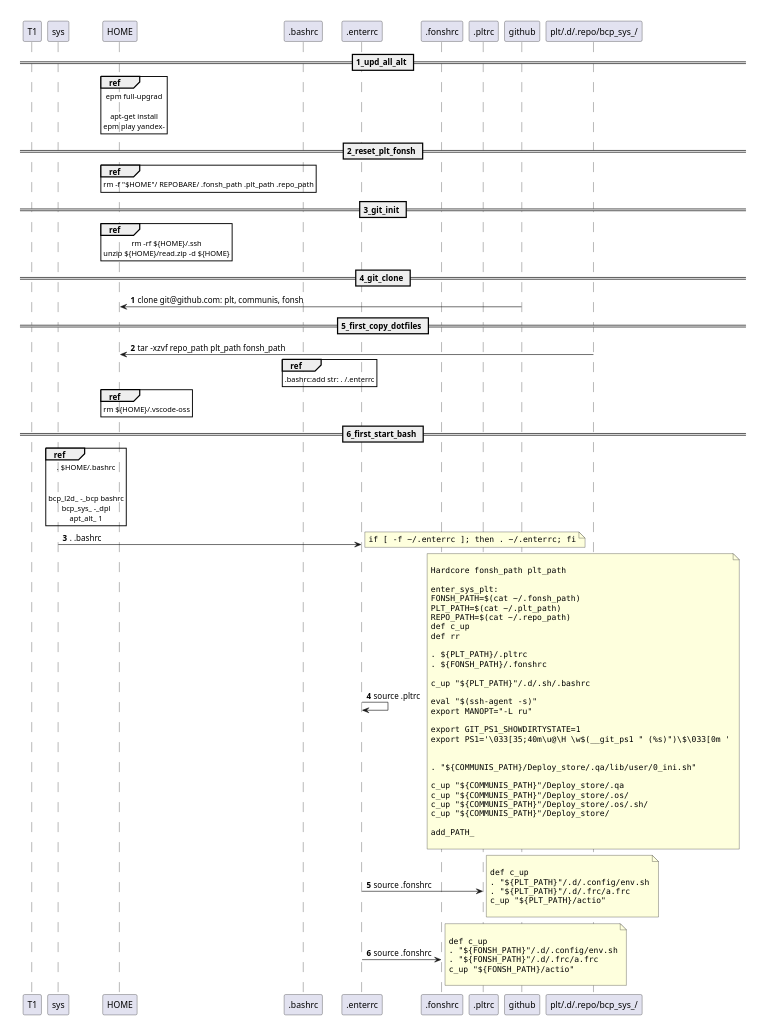
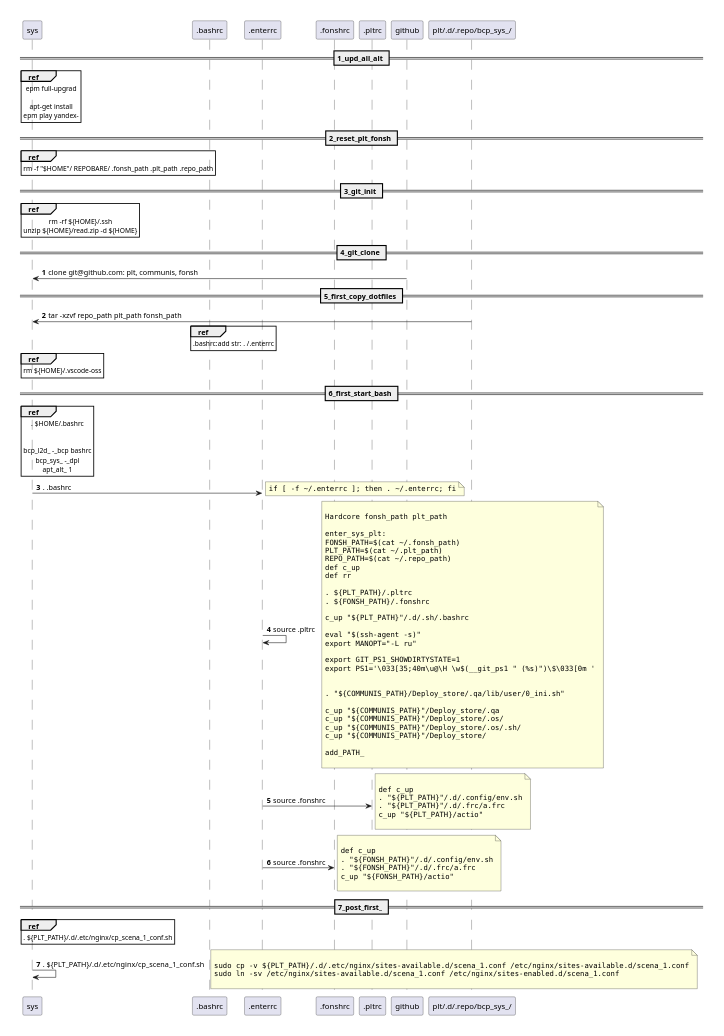
The diagram in .d/.read/_puml/plt_init.sh.puml (legioner9/plt), drawn with PlantUML before and after one commit. The commit also changed 3 other files, not shown here.

```diff
--- a/.d/.read/_puml/plt_init.sh.puml
+++ b/.d/.read/_puml/plt_init.sh.puml
@@ -1,124 +1,138 @@
 @startuml
 
 scale 1000*500
 autonumber 
 
-participant T1
 participant sys
-participant HOME
 participant ".bashrc" as brc
 participant ".enterrc" as erc
 participant ".fonshrc" as frc
 participant ".pltrc" as prc
 participant github as gh
 participant "plt/.d/.repo/bcp_sys_/" as bcp_fs
 
 == 1_upd_all_alt ==
-ref over HOME
+ref over sys
 epm full-upgrad
 
 apt-get install
 epm play yandex-
 end ref
 
 == 2_reset_plt_fonsh ==
-ref over HOME : rm -f "$HOME"/ REPOBARE/ .fonsh_path .plt_path .repo_path
+ref over sys : rm -f "$HOME"/ REPOBARE/ .fonsh_path .plt_path .repo_path
 
 == 3_git_init ==
-ref over HOME
+ref over sys
 rm -rf ${HOME}/.ssh
 unzip ${HOME}/read.zip -d ${HOME}
 end ref
 
 == 4_git_clone ==
-gh -> HOME: clone git@github.com: plt, communis, fonsh
+gh -> sys: clone git@github.com: plt, communis, fonsh
 
 == 5_first_copy_dotfiles ==
-bcp_fs -> HOME:tar -xzvf repo_path plt_path fonsh_path
+bcp_fs -> sys:tar -xzvf repo_path plt_path fonsh_path
 ref over brc : .bashrc:add str: . ~/.enterrc 
-ref over HOME : rm ${HOME}/.vscode-oss
+ref over sys : rm ${HOME}/.vscode-oss
 
 == 6_first_start_bash ==
 ref over sys
 . $HOME/.bashrc
 
 
 bcp_l2d_ -_bcp bashrc
 bcp_sys_ -_dpl
 apt_alt_ 1
 end ref
 
 sys -> erc : . .bashrc
 
 note right
 <code>
 if [ -f ~/.enterrc ]; then . ~/.enterrc; fi
 </code>
 end note
 
 erc -> erc : source .pltrc
 
 note right
 <code>
 
 Hardcore fonsh_path plt_path
 
 enter_sys_plt:
 FONSH_PATH=$(cat ~/.fonsh_path)
 PLT_PATH=$(cat ~/.plt_path)
 REPO_PATH=$(cat ~/.repo_path)
 def c_up
 def rr
 
 . ${PLT_PATH}/.pltrc
 . ${FONSH_PATH}/.fonshrc
 
 c_up "${PLT_PATH}"/.d/.sh/.bashrc
 
 eval "$(ssh-agent -s)"
 export MANOPT="-L ru"
 
 export GIT_PS1_SHOWDIRTYSTATE=1
 export PS1='\033[35;40m\u@\H \w$(__git_ps1 " (%s)")\$\033[0m '
 
 
 . "${COMMUNIS_PATH}/Deploy_store/.qa/lib/user/0_ini.sh"
 
 c_up "${COMMUNIS_PATH}"/Deploy_store/.qa
 c_up "${COMMUNIS_PATH}"/Deploy_store/.os/
 c_up "${COMMUNIS_PATH}"/Deploy_store/.os/.sh/
 c_up "${COMMUNIS_PATH}"/Deploy_store/
 
 add_PATH_
 
 </code>
 end note
 
 erc -> prc : source .fonshrc
 
 note right
 <code>
 
 def c_up
 . "${PLT_PATH}"/.d/.config/env.sh
 . "${PLT_PATH}"/.d/.frc/a.frc
 c_up "${PLT_PATH}/actio"
 
 </code>
 end note
 
 erc -> frc : source .fonshrc
 
 note right
 <code>
 
 def c_up
 . "${FONSH_PATH}"/.d/.config/env.sh
 . "${FONSH_PATH}"/.d/.frc/a.frc
 c_up "${FONSH_PATH}/actio"
 
 </code>
 end note
 
+== 7_post_first_ ==
+
+ref over sys
+. ${PLT_PATH}/.d/.etc/nginx/cp_scena_1_conf.sh
+end ref
+
+sys -> sys : . ${PLT_PATH}/.d/.etc/nginx/cp_scena_1_conf.sh
+
+note right
+<code>
+
+sudo cp -v ${PLT_PATH}/.d/.etc/nginx/sites-available.d/scena_1.conf /etc/nginx/sites-available.d/scena_1.conf
+sudo ln -sv /etc/nginx/sites-available.d/scena_1.conf /etc/nginx/sites-enabled.d/scena_1.conf
+
+</code>
+end note
 
 @enduml
```
